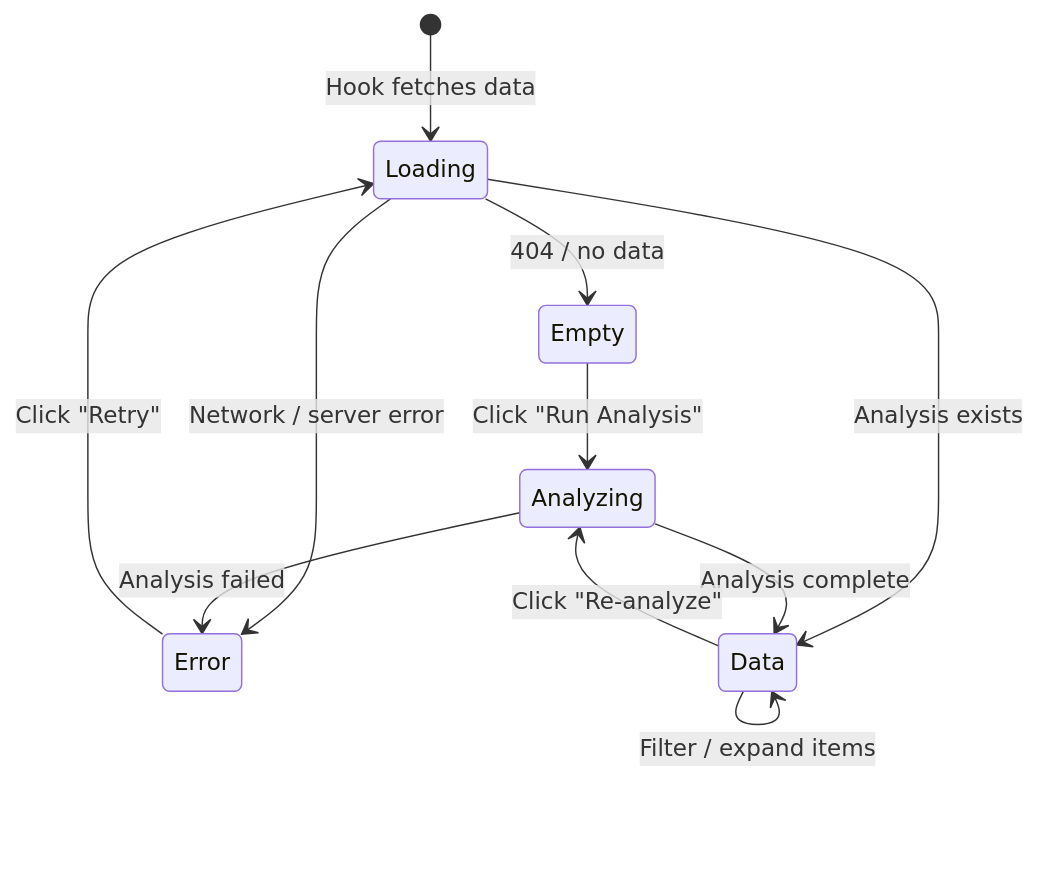
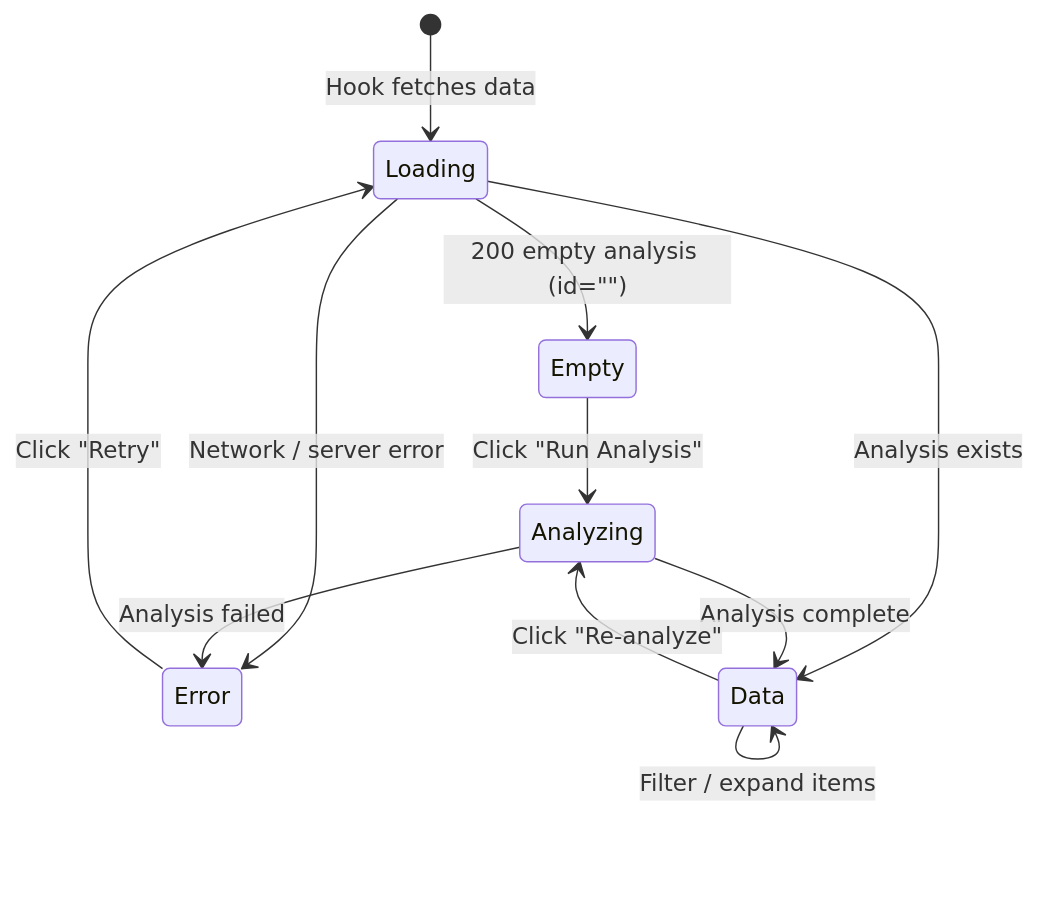
One commit to randomboy24/sutra-ai changed the fifth of 11 diagrams in WEAKNESS_DETECTION_AGENT.md. Above: the diagram before and after it, drawn with Mermaid.

Commit message:
docs: fix empty-state transition to 200 empty analysis instead of 404

````diff
--- a/WEAKNESS_DETECTION_AGENT.md
+++ b/WEAKNESS_DETECTION_AGENT.md
@@ -376,16 +376,16 @@
 ```mermaid
 stateDiagram-v2
     [*] --> Loading: Hook fetches data
-    Loading --> Empty: 404 / no data
+    Loading --> Empty: 200 empty analysis (id="")
     Loading --> Error: Network / server error
     Loading --> Data: Analysis exists
     
     Empty --> Analyzing: Click "Run Analysis"
     Analyzing --> Data: Analysis complete
     Analyzing --> Error: Analysis failed
     
     Data --> Analyzing: Click "Re-analyze"
     
     Error --> Loading: Click "Retry"
     Data --> Data: Filter / expand items
 ```
````
